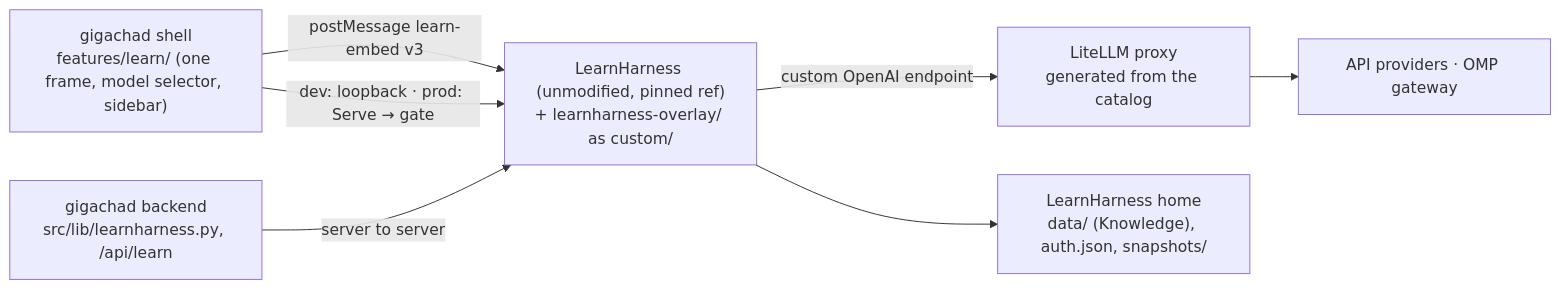
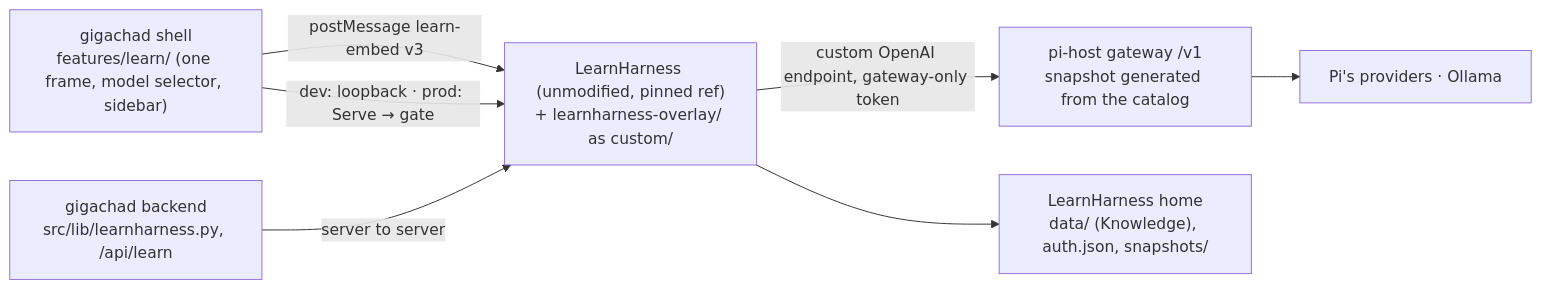
Before and after one commit to patrickab/gigachad-bot: the diagram in .docs/integration-learnharness.md, drawn with Mermaid. The commit also changed other lines of this file and 22 other files, not shown here.

First line of the commit message:
feat(learn): LearnHarness calls the pi-host gateway, LiteLLM proxy removed

````diff
--- a/.docs/integration-learnharness.md
+++ b/.docs/integration-learnharness.md
@@ -30,9 +30,9 @@
 ```mermaid
 flowchart LR
     Shell["gigachad shell<br/>features/learn/ (one frame, model selector, sidebar)"] -->|"postMessage learn-embed v3"| Frame["LearnHarness (unmodified, pinned ref)<br/>+ learnharness-overlay/ as custom/"]
     Shell -->|"dev: loopback · prod: Serve → gate"| Frame
     Backend["gigachad backend<br/>src/lib/learnharness.py, /api/learn"] -->|"server to server"| Frame
-    Frame -->|"custom OpenAI endpoint"| Proxy["LiteLLM proxy<br/>generated from the catalog"]
-    Proxy --> Providers["API providers · OMP gateway"]
+    Frame -->|"custom OpenAI endpoint, gateway-only token"| Gateway["pi-host gateway /v1<br/>snapshot generated from the catalog"]
+    Gateway --> Providers["Pi's providers · Ollama"]
     Frame --> Data["LearnHarness home<br/>data/ (Knowledge), auth.json, snapshots/"]
 ```
````
